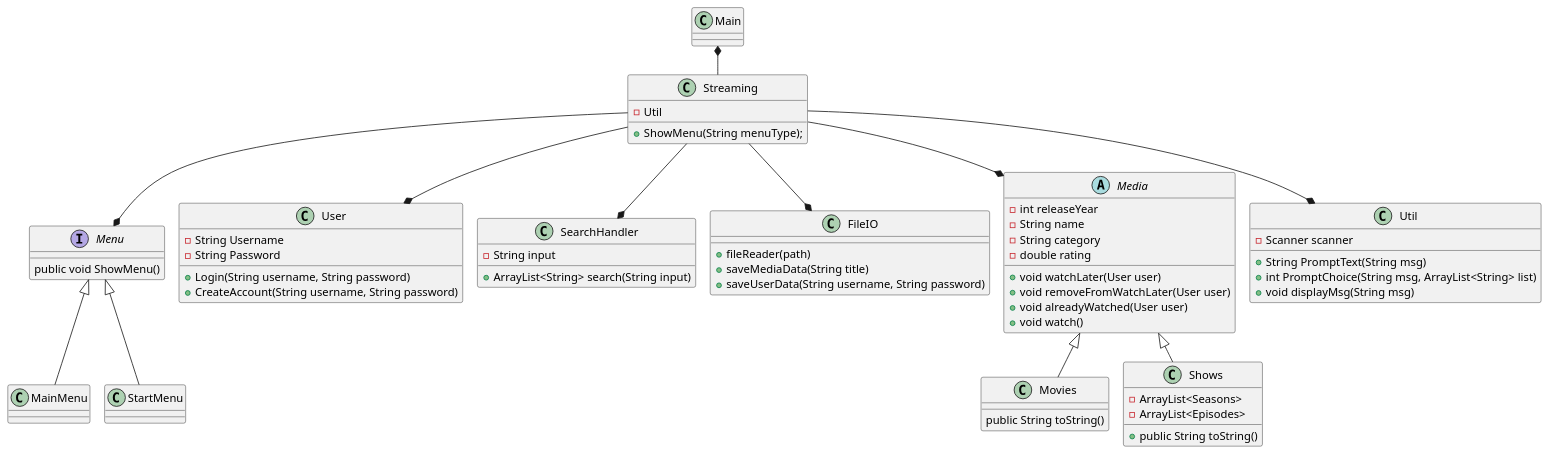
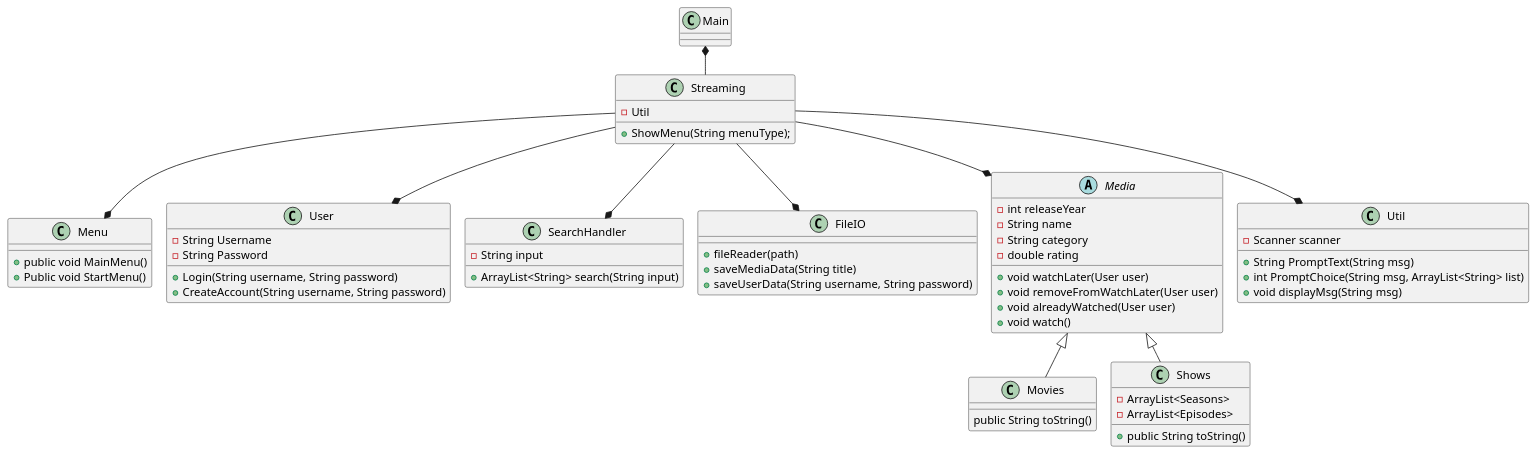
The diagram in Docs/ClassDiagram.puml (ValdemarLarsen02/SP3GruppeD), drawn with PlantUML before and after one commit.

```diff
--- a/Docs/ClassDiagram.puml
+++ b/Docs/ClassDiagram.puml
@@ -1,78 +1,77 @@
 @startuml
 !pragma layout smetana
 
 Class Main{
 }
 
-Interface Menu{
-public void ShowMenu()
+Class Menu{
+ + public void MainMenu()
+ + Public void StartMenu()
 }
 
 
 
 Class Streaming {
     -Util
     + ShowMenu(String menuType);
 }
 
 Class User{
 - String Username
 - String Password
 + Login(String username, String password)
 + CreateAccount(String username, String password)
 }
 
 Class SearchHandler {
 - String input
 + ArrayList<String> search(String input)
 }
 
 Class FileIO{
 + fileReader(path)
 + saveMediaData(String title)
 + saveUserData(String username, String password)
 }
 
 Abstract Media{
 - int releaseYear
 - String name
 - String category
 - double rating
 + void watchLater(User user)
 + void removeFromWatchLater(User user)
 + void alreadyWatched(User user)
 + void watch()
 }
 
 Class Util{
 - Scanner scanner
 + String PromptText(String msg)
 + int PromptChoice(String msg, ArrayList<String> list)
 + void displayMsg(String msg)
 }
 
 Class Movies{
 public String toString()
 }
 
 Class Shows{
 - ArrayList<Seasons>
 - ArrayList<Episodes>
 + public String toString()
 }
 
 Main *-- Streaming
 Streaming--* User
 Streaming --* FileIO
 Streaming --* Menu
-Menu <|-- MainMenu
-Menu <|-- StartMenu
 Streaming --* Media
 Media <|-- Movies
 Media <|-- Shows
 Streaming --* SearchHandler
 Streaming --* Util
 
 
 
 @enduml
```
